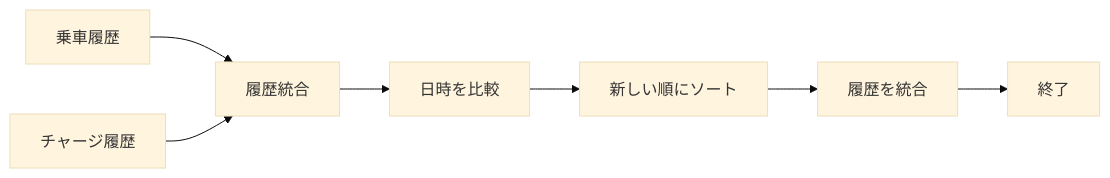
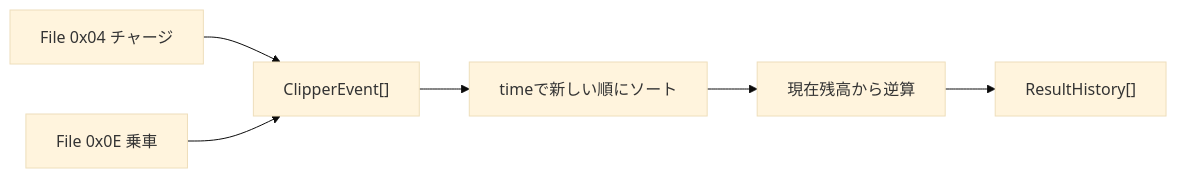
One commit to rs6-41/TransitICScanner changed the sixth of 8 diagrams in doc/cards/usClipper.md. Above: the diagram before and after it, drawn with Mermaid (base theme). The commit also changed other lines of this file and 3 other files, not shown here.

````diff
--- a/doc/cards/usClipper.md
+++ b/doc/cards/usClipper.md
@@ -828,9 +1619,8 @@
 ```mermaid
 graph LR;
-    A[乗車履歴] --> C["履歴統合"];
-    B[チャージ履歴] --> C;
-    C --> D["日時を比較"];
-    D --> E["新しい順にソート"];
-    E --> F["履歴を統合"];
-    F --> G[終了];
+    A["File 0x04 チャージ"] --> C["ClipperEvent[]"];
+    B["File 0x0E 乗車"] --> C;
+    C --> D["timeで新しい順にソート"];
+    D --> E["現在残高から逆算"];
+    E --> F["ResultHistory[]"];
 ```
````
